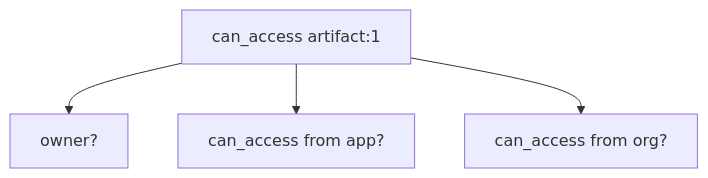
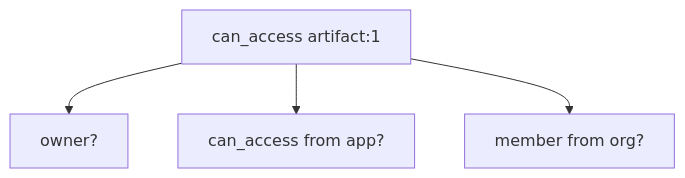
One commit to leahein/fga-talk changed the first of 7 diagrams in slides.md. Above: the diagram before and after it, drawn with Mermaid. The commit also changed other lines of this file and 1 other file, not shown here.

````diff
--- a/slides.md
+++ b/slides.md
@@ -146,6 +148,6 @@
 ```mermaid
 flowchart TD
     A["can_access artifact:1"] --> B["owner?"]
     A --> C["can_access from app?"]
-    A --> D["can_access from org?"]
+    A --> D["member from org?"]
 ```
````
